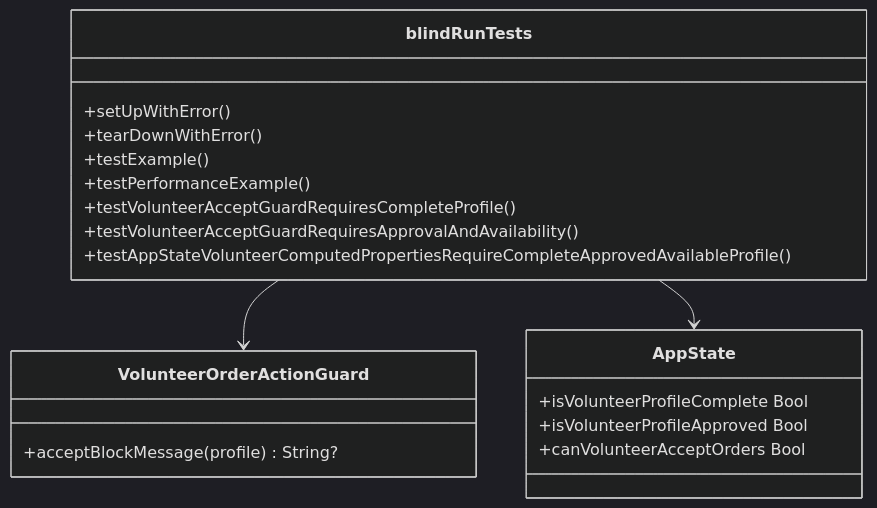
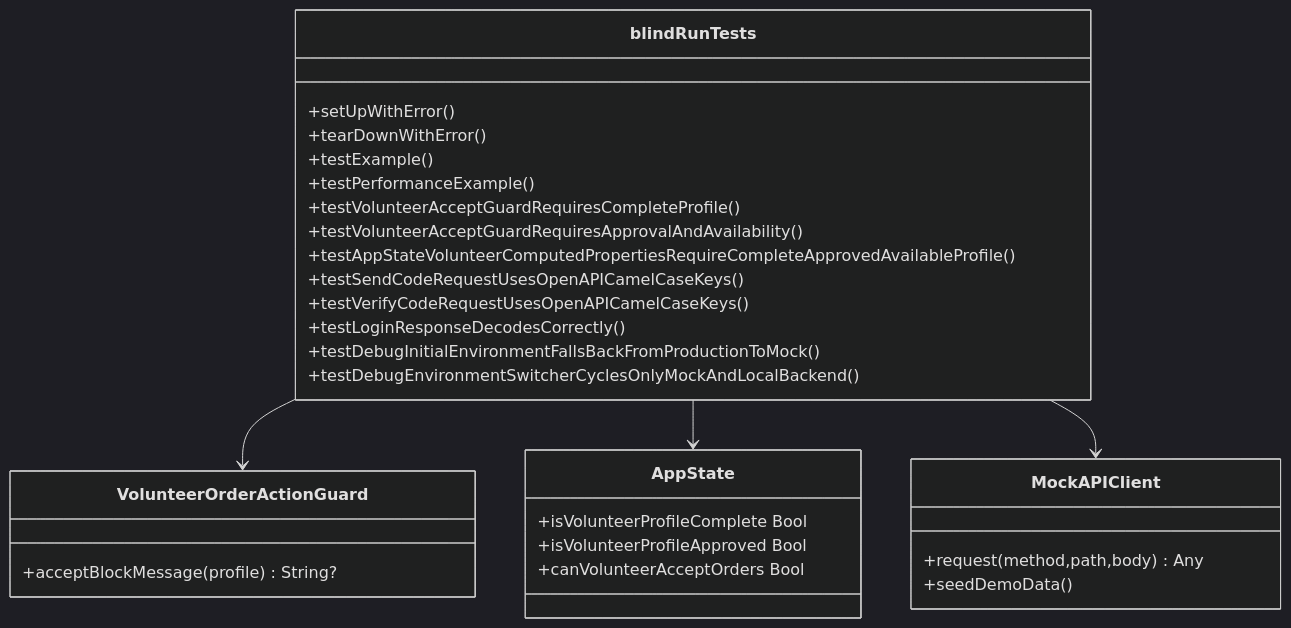
One commit to Jayden23018/blind-run-ios changed the third of 12 diagrams in .qoder/repowiki/zh/content/测试策略/测试策略.md. Above: the diagram before and after it, drawn with Mermaid (dark theme). The commit also changed other lines of this file and 22 other files, not shown here.

````diff
--- a/.qoder/repowiki/zh/content/测试策略/测试策略.md
+++ b/.qoder/repowiki/zh/content/测试策略/测试策略.md
@@ -155,22 +175,32 @@
 ```mermaid
 classDiagram
 class blindRunTests {
 +setUpWithError()
 +tearDownWithError()
 +testExample()
 +testPerformanceExample()
 +testVolunteerAcceptGuardRequiresCompleteProfile()
 +testVolunteerAcceptGuardRequiresApprovalAndAvailability()
 +testAppStateVolunteerComputedPropertiesRequireCompleteApprovedAvailableProfile()
++testSendCodeRequestUsesOpenAPICamelCaseKeys()
++testVerifyCodeRequestUsesOpenAPICamelCaseKeys()
++testLoginResponseDecodesCorrectly()
++testDebugInitialEnvironmentFallsBackFromProductionToMock()
++testDebugEnvironmentSwitcherCyclesOnlyMockAndLocalBackend()
 }
 class VolunteerOrderActionGuard {
 +acceptBlockMessage(profile) String?
 }
 class AppState {
 +isVolunteerProfileComplete Bool
 +isVolunteerProfileApproved Bool
 +canVolunteerAcceptOrders Bool
 }
+class MockAPIClient {
++request(method,path,body) Any
++seedDemoData()
+}
 blindRunTests --> VolunteerOrderActionGuard
 blindRunTests --> AppState
+blindRunTests --> MockAPIClient
 ```
````
